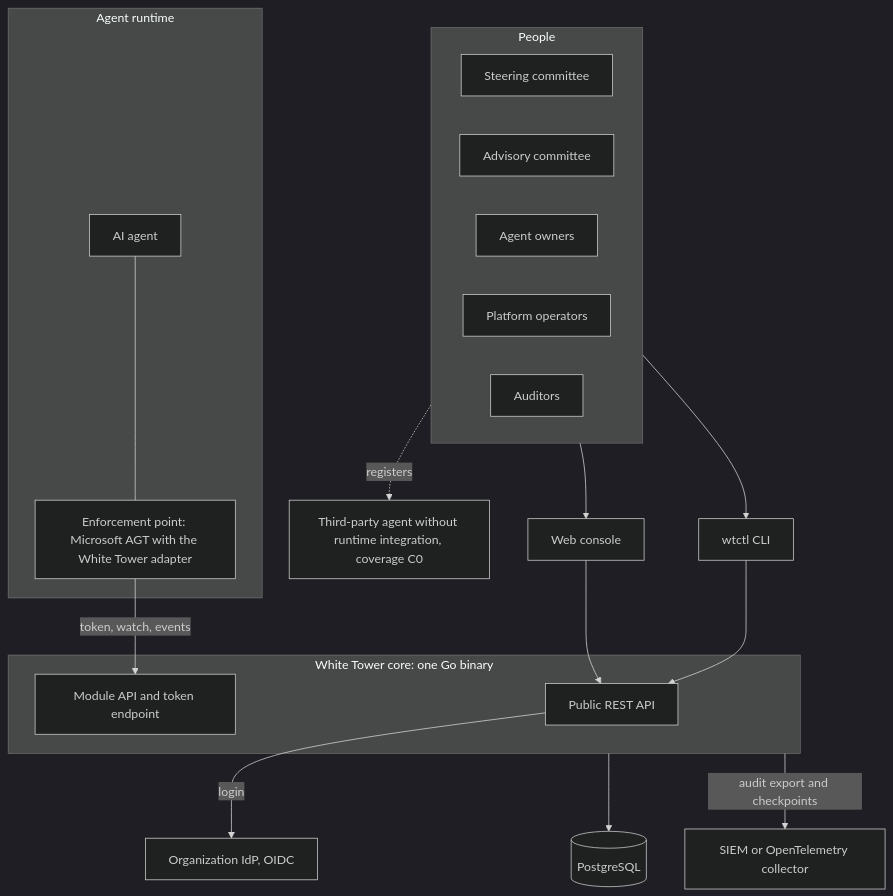
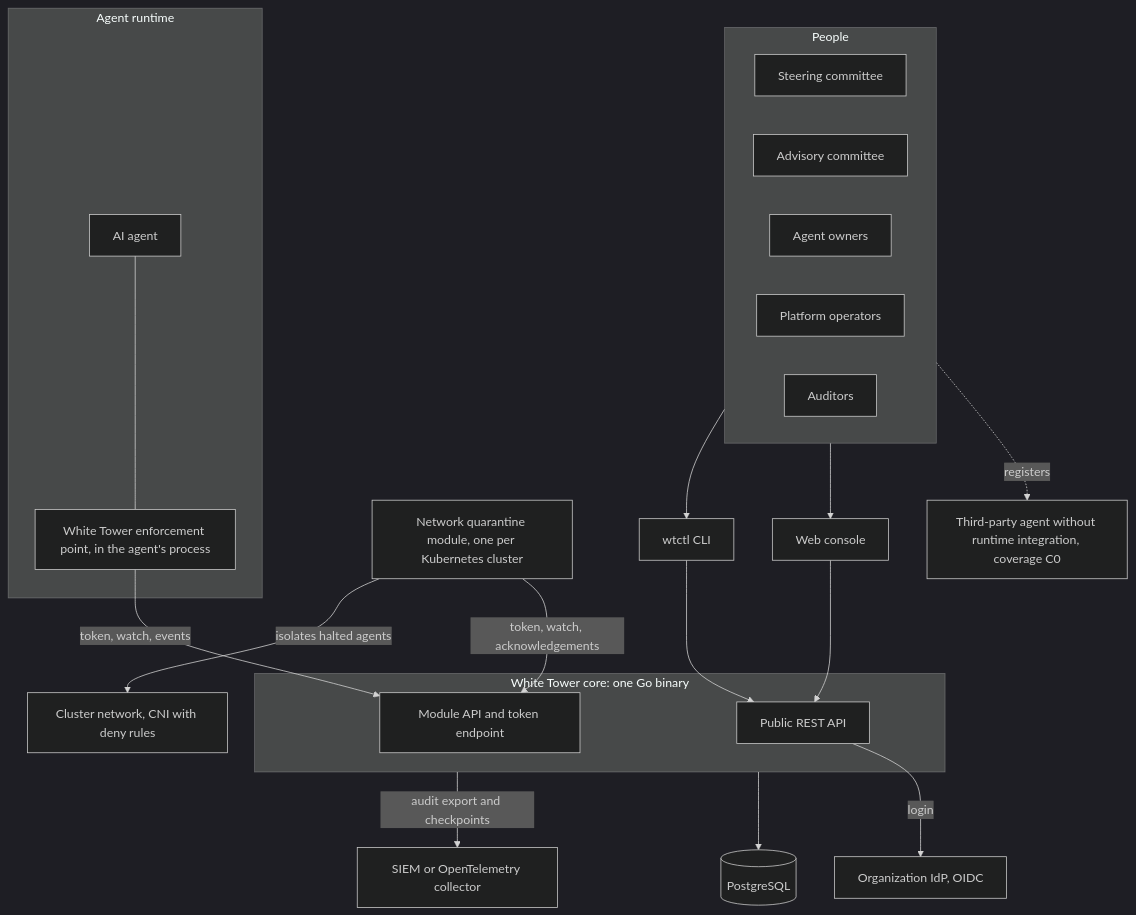
The first of 6 diagrams in docs/architecture/mvp-architecture.md (J466Y/WhiteTower), drawn with Mermaid (dark theme) before and after one commit. The commit also changed other lines of this file and 35 other files, not shown here.

````diff
--- a/docs/architecture/mvp-architecture.md
+++ b/docs/architecture/mvp-architecture.md
@@ -27,39 +27,44 @@
 ```mermaid
 flowchart TB
     subgraph people[People]
         direction LR
         SC[Steering committee]
         AC[Advisory committee]
         OW[Agent owners]
         OP[Platform operators]
         AU[Auditors]
     end
 
     UI[Web console]
     CLI[wtctl CLI]
 
     subgraph core[White Tower core: one Go binary]
         API[Public REST API]
         MAPI[Module API and token endpoint]
     end
 
     PG[(PostgreSQL)]
     IDP[Organization IdP, OIDC]
     SIEM[SIEM or OpenTelemetry collector]
 
     subgraph runtime[Agent runtime]
-        AG[AI agent] --- EP[Enforcement point: Microsoft AGT with the White Tower adapter]
+        AG[AI agent] --- EP[White Tower enforcement point, in the agent's process]
     end
+
+    QM[Network quarantine module, one per Kubernetes cluster]
+    CNI[Cluster network, CNI with deny rules]
 
     TP[Third-party agent without runtime integration, coverage C0]
 
     people --> UI
     people --> CLI
     UI --> API
     CLI --> API
     API -- login --> IDP
     EP -- token, watch, events --> MAPI
+    QM -- token, watch, acknowledgements --> MAPI
+    QM -- isolates halted agents --> CNI
     core --> PG
     core -- audit export and checkpoints --> SIEM
     OW -. registers .-> TP
 ```
````
